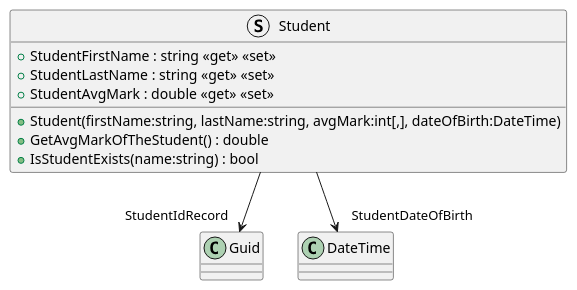
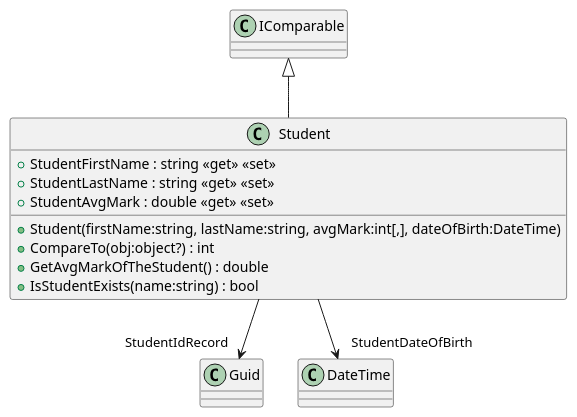
Before and after one commit to 19vano97/levelUpOOP: the diagram in plantuml/StudentStructHW20/Student.puml, drawn with PlantUML. The commit also changed 40 other files, not shown here.

```diff
--- a/plantuml/StudentStructHW20/Student.puml
+++ b/plantuml/StudentStructHW20/Student.puml
@@ -1,12 +1,14 @@
 @startuml
-struct Student {
+class Student {
     + Student(firstName:string, lastName:string, avgMark:int[,], dateOfBirth:DateTime)
     + StudentFirstName : string <<get>> <<set>>
     + StudentLastName : string <<get>> <<set>>
     + StudentAvgMark : double <<get>> <<set>>
+    + CompareTo(obj:object?) : int
     + GetAvgMarkOfTheStudent() : double
     + IsStudentExists(name:string) : bool
 }
+IComparable <|-- Student
 Student --> "StudentIdRecord" Guid
 Student --> "StudentDateOfBirth" DateTime
 @enduml
```
